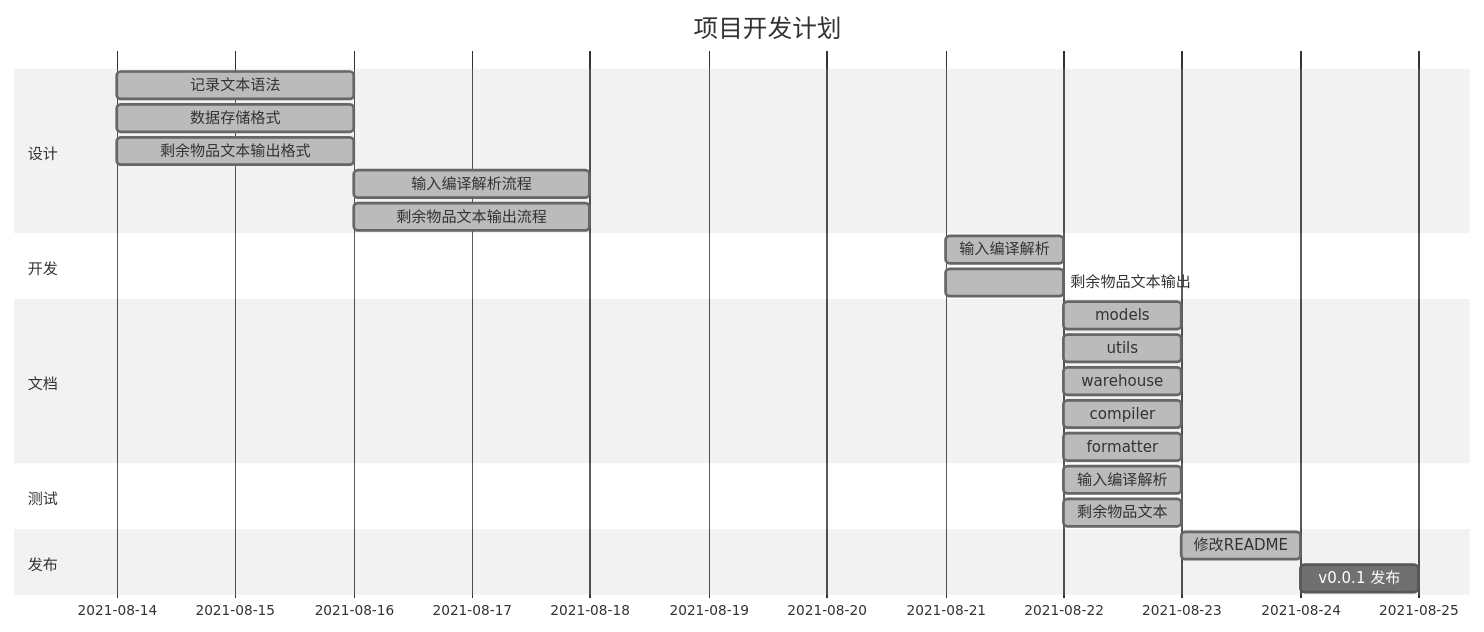
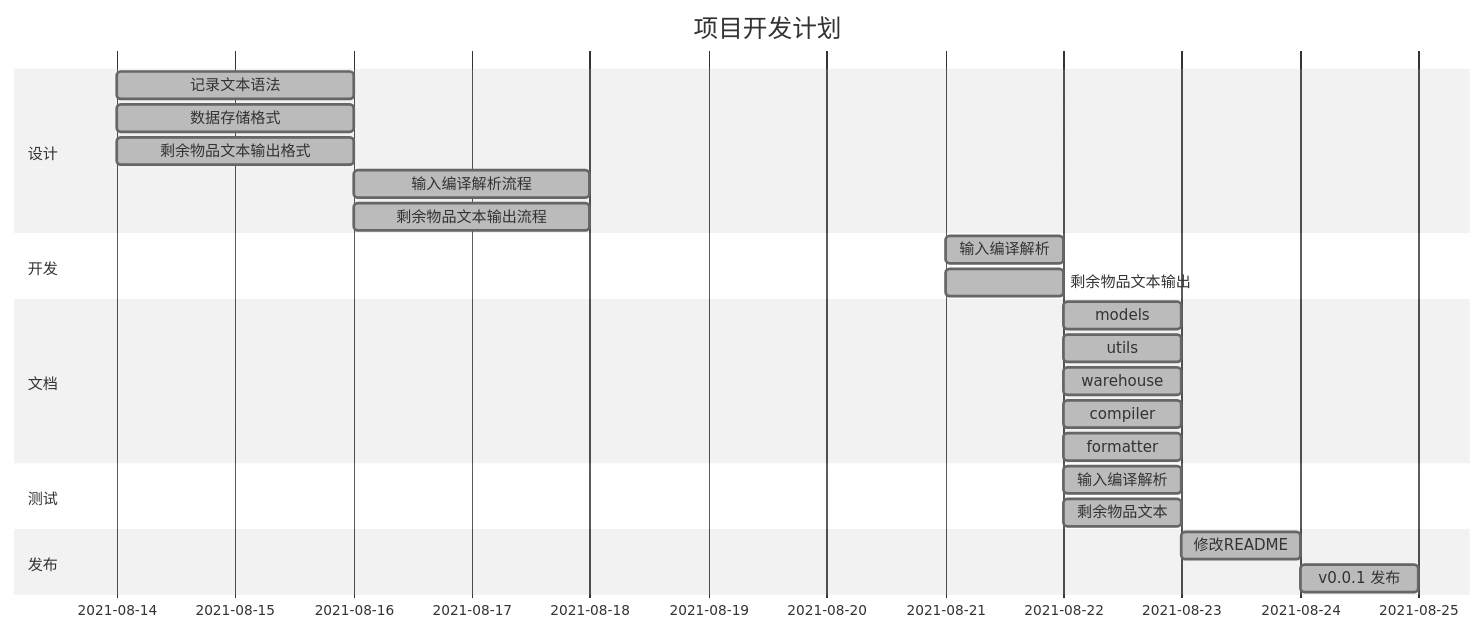
One commit to w158rk/PWMS changed the diagram in docs/schedules/index.md. Above: the diagram before and after it, drawn with Mermaid (neutral theme). The commit also changed 2 other files, not shown here.

Commit message:
fix an error, find an error

````diff
--- a/docs/schedules/index.md
+++ b/docs/schedules/index.md
@@ -3,32 +3,32 @@
 ```mermaid
 gantt
     dateFormat  YYYY-MM-DD
     title       项目开发计划
 
     section 设计
     记录文本语法                    :done,    syntax, 2021-08-14, 2d
     数据存储格式                    :done,    ds, 2021-08-14, 2d
     剩余物品文本输出格式              :done,    textout, 2021-08-14, 2d
     输入编译解析流程                :done,     proc-compile, after syntax, 2d
     剩余物品文本输出流程             :done,     proc-textout, after textout, 2d
 
     section 开发
     输入编译解析                :done,    dev-compile, 2021-08-21, 1d
     剩余物品文本输出             :done,    dev-textout, 2021-08-21, 1d
 
     section 文档
     models             :done,   doc-compile, after dev-compile, 1d
     utils            :done,         doc-textout, after dev-textout, 1d
     warehouse          :done,         doc-textout, after dev-textout, 1d
     compiler          :done,         doc-textout, after dev-textout, 1d
     formatter          :done,         doc-textout, after dev-textout, 1d
 
     section 测试
     输入编译解析             :done,    test-compile, after dev-compile, 1d
     剩余物品文本             :done,    test-textout, after dev-textout, 1d
 
     section 发布
     修改README          :done,   readme, after test-compile, 1d
-    v0.0.1 发布         :   v0.0.1, after readme, 1d
+    v0.0.1 发布         :done,   v0.0.1, after readme, 1d
 
 ```
````
